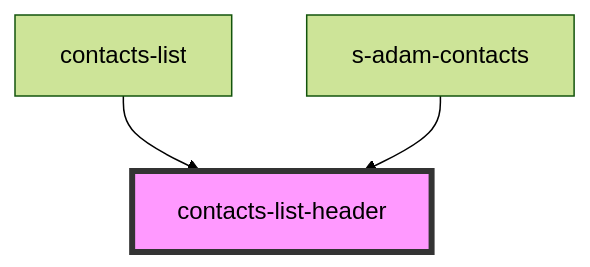
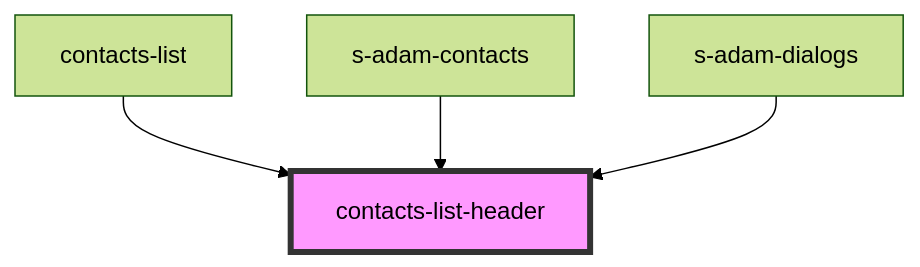
Before and after one commit to saqhan/stencil-chat: the diagram in src/components/shared/contacts-list/res/view/contacts-list-header/readme.md, drawn with Mermaid (forest theme). The commit also changed other lines of this file and 10 other files, not shown here.

````diff
--- a/src/components/shared/contacts-list/res/view/contacts-list-header/readme.md
+++ b/src/components/shared/contacts-list/res/view/contacts-list-header/readme.md
@@ -31,6 +32,7 @@
 ```mermaid
 graph TD;
   contacts-list --> contacts-list-header
   s-adam-contacts --> contacts-list-header
+  s-adam-dialogs --> contacts-list-header
   style contacts-list-header fill:#f9f,stroke:#333,stroke-width:4px
 ```
````
